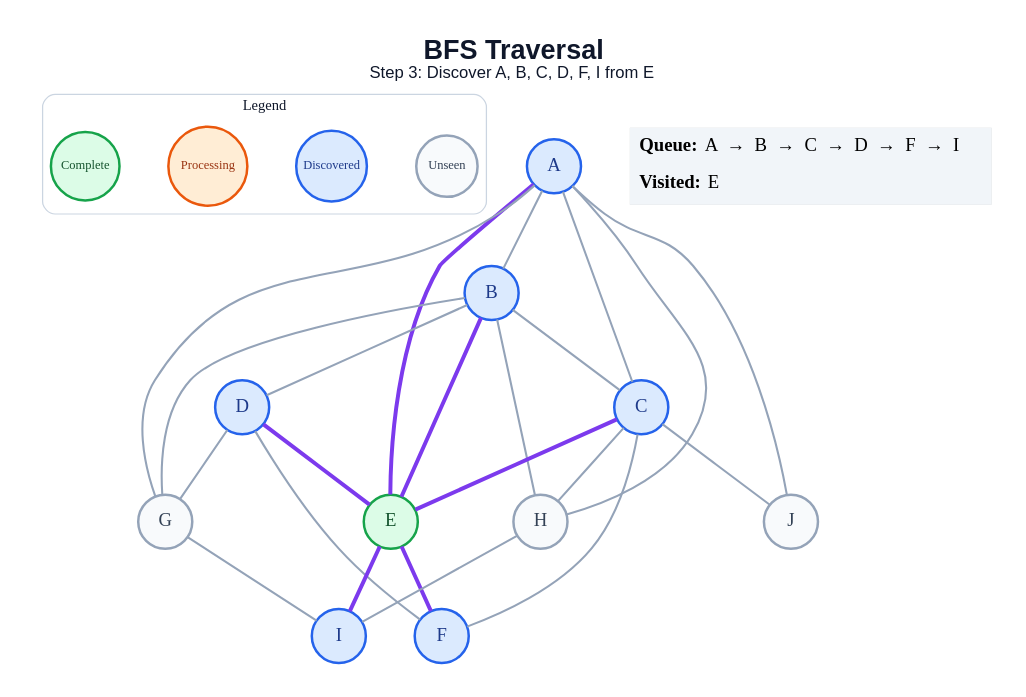
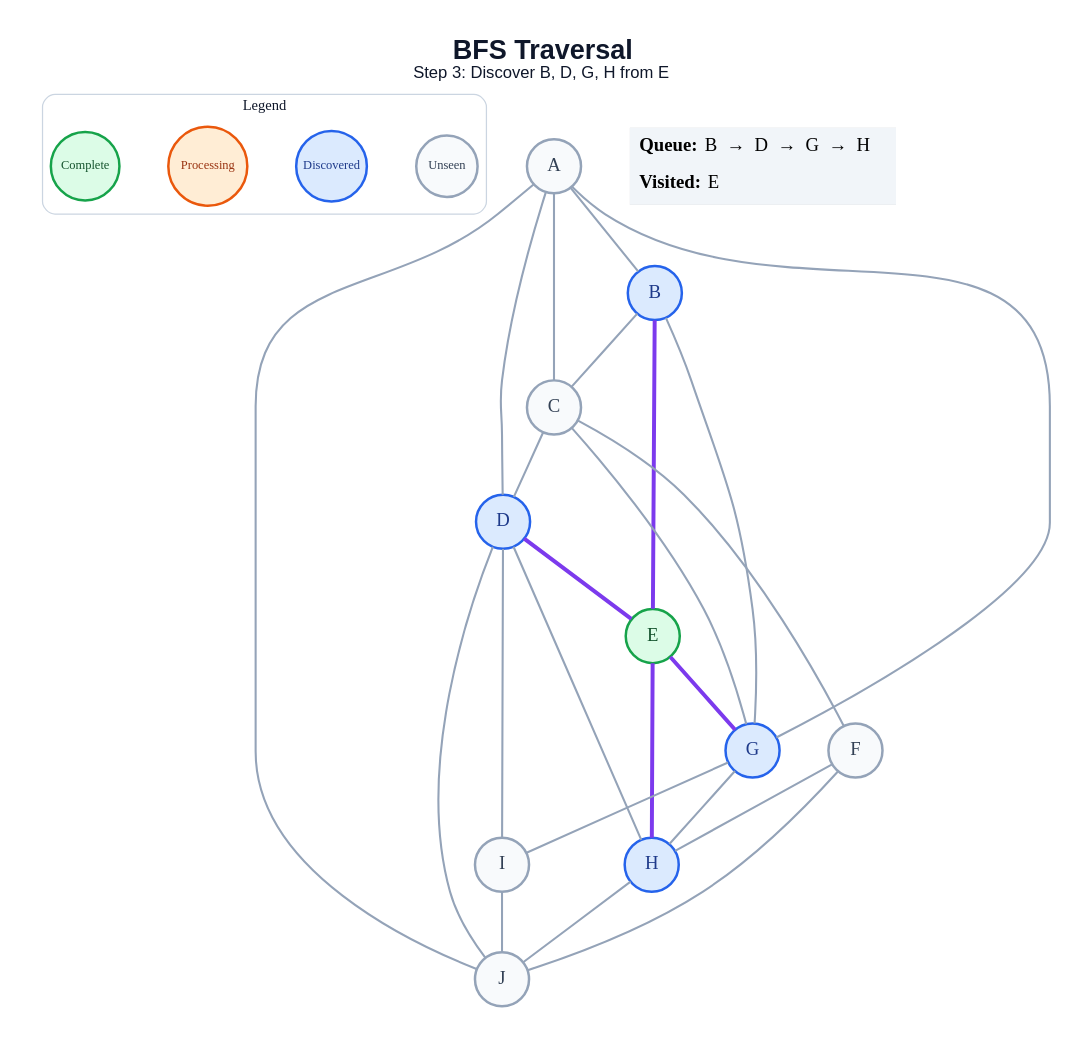
The diagram in generated/specific-node/bfs/step_03.dot (anon7238593-create/ai-slop), drawn with Graphviz before and after one commit. The commit also changed 178 other files, not shown here.

```diff
--- a/generated/specific-node/bfs/step_03.dot
+++ b/generated/specific-node/bfs/step_03.dot
@@ -1,51 +1,52 @@
 graph traversal {
   graph [layout=dot, rankdir=TB, bgcolor="#FFFFFF", pad="0.35", nodesep="0.65", ranksep="0.8", fontname="Arial"];
   node [shape=circle, style="filled", fontname="Arial Bold", fontsize=18, width=0.72, fixedsize=true, penwidth=2.4];
   edge [color="#94A3B8", penwidth=2.0];
-  label=<<B>BFS Traversal</B><BR/><FONT POINT-SIZE="16">Step 3: Discover A, B, C, D, F, I from E</FONT>>; labelloc="t"; fontsize=26; fontname="Arial"; fontcolor="#0F172A";
+  label=<<B>BFS Traversal</B><BR/><FONT POINT-SIZE="16">Step 3: Discover B, D, G, H from E</FONT>>; labelloc="t"; fontsize=26; fontname="Arial"; fontcolor="#0F172A";
   subgraph cluster_legend { label="Legend"; color="#CBD5E1"; penwidth=1.2; style="rounded"; fontsize=14; fontname="Arial Bold";
     key_unseen [label="Unseen", fillcolor="#F8FAFC", color="#94A3B8", fontcolor="#334155", fontsize=12, width=0.82];
     key_frontier [label="Discovered", fillcolor="#DBEAFE", color="#2563EB", fontcolor="#1E3A8A", fontsize=12, width=0.95];
     key_current [label="Processing", fillcolor="#FFEDD5", color="#EA580C", fontcolor="#9A3412", fontsize=12, width=1.05];
     key_done [label="Complete", fillcolor="#DCFCE7", color="#16A34A", fontcolor="#14532D", fontsize=12, width=0.92];
     { rank=same; key_unseen; key_frontier; key_current; key_done; }
   }
-  A [fillcolor="#DBEAFE", color="#2563EB", fontcolor="#1E3A8A"];
+  A [fillcolor="#F8FAFC", color="#94A3B8", fontcolor="#334155"];
   B [fillcolor="#DBEAFE", color="#2563EB", fontcolor="#1E3A8A"];
-  C [fillcolor="#DBEAFE", color="#2563EB", fontcolor="#1E3A8A"];
+  C [fillcolor="#F8FAFC", color="#94A3B8", fontcolor="#334155"];
   D [fillcolor="#DBEAFE", color="#2563EB", fontcolor="#1E3A8A"];
   E [fillcolor="#DCFCE7", color="#16A34A", fontcolor="#14532D"];
-  F [fillcolor="#DBEAFE", color="#2563EB", fontcolor="#1E3A8A"];
-  G [fillcolor="#F8FAFC", color="#94A3B8", fontcolor="#334155"];
-  H [fillcolor="#F8FAFC", color="#94A3B8", fontcolor="#334155"];
-  I [fillcolor="#DBEAFE", color="#2563EB", fontcolor="#1E3A8A"];
+  F [fillcolor="#F8FAFC", color="#94A3B8", fontcolor="#334155"];
+  G [fillcolor="#DBEAFE", color="#2563EB", fontcolor="#1E3A8A"];
+  H [fillcolor="#DBEAFE", color="#2563EB", fontcolor="#1E3A8A"];
+  I [fillcolor="#F8FAFC", color="#94A3B8", fontcolor="#334155"];
   J [fillcolor="#F8FAFC", color="#94A3B8", fontcolor="#334155"];
   A -- B;
   A -- C;
-  A -- E [color="#7C3AED", penwidth=3.8];
+  A -- D;
   A -- G;
-  A -- H;
   A -- J;
   B -- C;
-  B -- D;
   B -- E [color="#7C3AED", penwidth=3.8];
   B -- G;
-  B -- H;
-  C -- E [color="#7C3AED", penwidth=3.8];
+  C -- D;
   C -- F;
-  C -- H;
-  C -- J;
+  C -- G;
   D -- E [color="#7C3AED", penwidth=3.8];
-  D -- F;
-  D -- G;
-  E -- F [color="#7C3AED", penwidth=3.8];
-  E -- I [color="#7C3AED", penwidth=3.8];
+  D -- H;
+  D -- I;
+  D -- J;
+  E -- G [color="#7C3AED", penwidth=3.8];
+  E -- H [color="#7C3AED", penwidth=3.8];
+  F -- H;
+  F -- J;
+  G -- H;
   G -- I;
-  H -- I;
+  H -- J;
+  I -- J;
   status [shape=plain, fixedsize=false, width=0, height=0, margin=0, label=<
     <TABLE BORDER="0" CELLBORDER="0" CELLPADDING="7" BGCOLOR="#F1F5F9">
-      <TR><TD ALIGN="LEFT"><B>Queue:</B> A  →  B  →  C  →  D  →  F  →  I</TD></TR>
+      <TR><TD ALIGN="LEFT"><B>Queue:</B> B  →  D  →  G  →  H</TD></TR>
       <TR><TD ALIGN="LEFT"><B>Visited:</B> E</TD></TR>
     </TABLE>
   >];
 }
```
